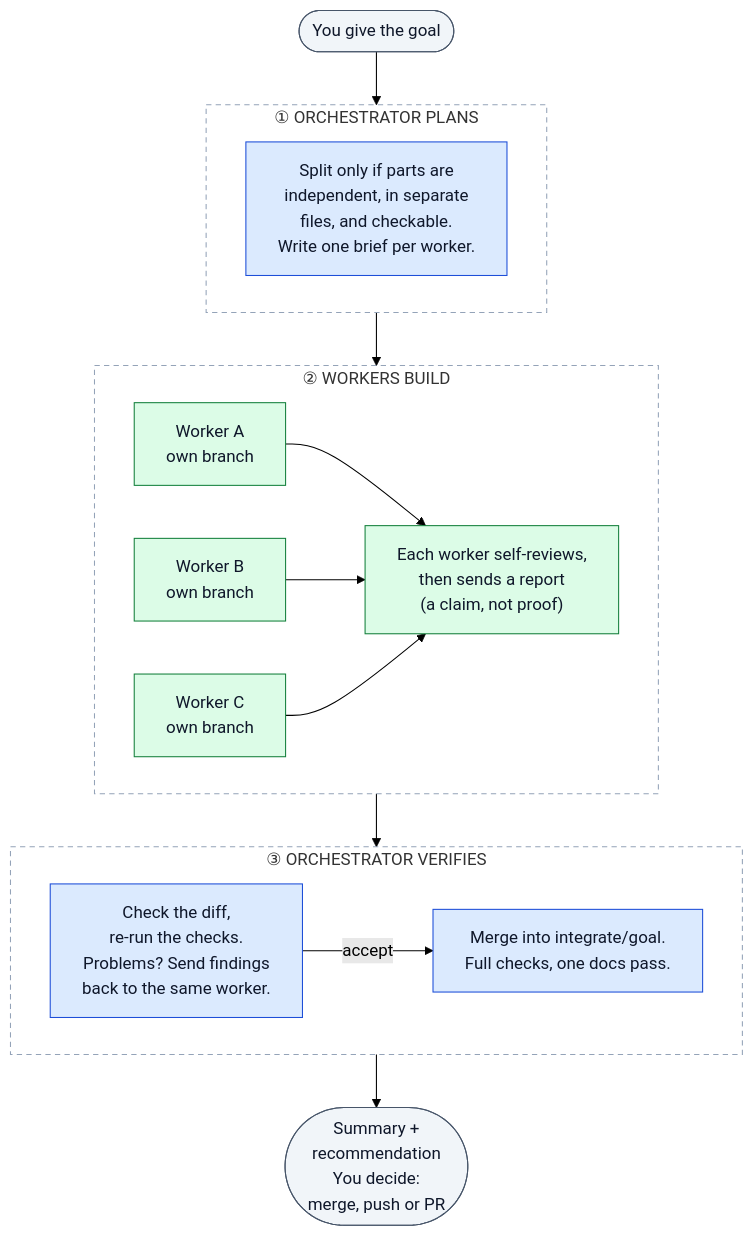
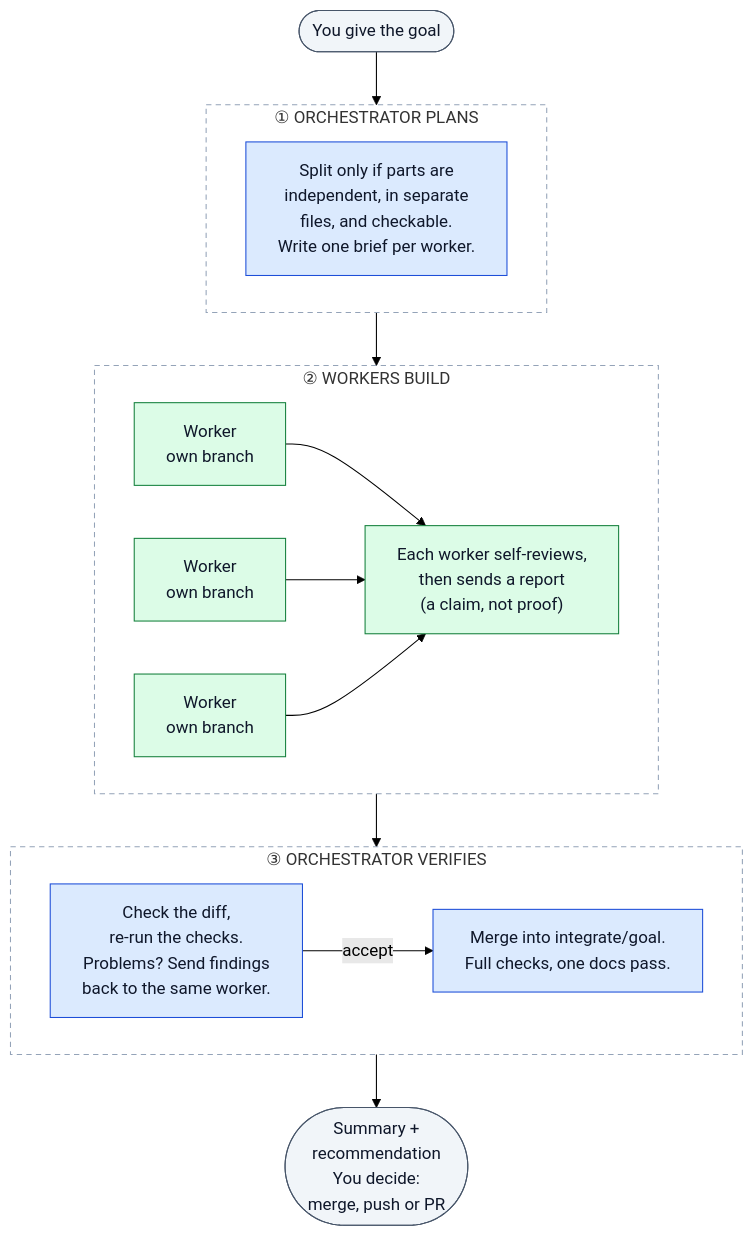
The diagram in README.md (Fedekawa/claude-session-orchestration), drawn with Mermaid (forest theme) before and after one commit.

Commit message:
Fix README diagram wrapping and worker order on GitHub
GitHub's Mermaid build defaults flowchart wrappingWidth to 120px (11.4.0
uses 200), so every box wrapped into a tall, narrow column. Set
wrappingWidth: 260 in the diagram's config header; GitHub only locks
security keys, so this applies there. GitHub's layout also reversed the
worker boxes (C, B, A), so they now share one label and order no longer
matters.

````diff
--- a/README.md
+++ b/README.md
@@ -25,36 +25,41 @@
 ```mermaid
+---
+config:
+  flowchart:
+    wrappingWidth: 260
+---
 flowchart TD
     user(["You give the goal"])
 
     subgraph P1 ["① ORCHESTRATOR PLANS"]
         plan["Split only if parts are<br/>independent, in separate<br/>files, and checkable.<br/>Write one brief per worker."]
     end
 
     subgraph P2 ["② WORKERS BUILD"]
-        wa["Worker A<br/>own branch"]
-        wb["Worker B<br/>own branch"]
-        wc["Worker C<br/>own branch"]
+        wa["Worker<br/>own branch"]
+        wb["Worker<br/>own branch"]
+        wc["Worker<br/>own branch"]
         report["Each worker self-reviews,<br/>then sends a report<br/>(a claim, not proof)"]
         wa & wb & wc --> report
     end
 
     subgraph P3 ["③ ORCHESTRATOR VERIFIES"]
         review["Check the diff,<br/>re-run the checks.<br/>Problems? Send findings<br/>back to the same worker."]
         integrate["Merge into integrate/goal.<br/>Full checks, one docs pass."]
         review -- "accept" --> integrate
     end
 
     done(["Summary +<br/>recommendation<br/>You decide:<br/>merge, push or PR"])
 
     user --> P1 --> P2 --> P3 --> done
 
     classDef you fill:#f1f5f9,stroke:#475569,color:#0f172a
     classDef orch fill:#dbeafe,stroke:#1d4ed8,color:#0f172a
     classDef worker fill:#dcfce7,stroke:#15803d,color:#0f172a
     class user,done you
     class plan,review,integrate orch
     class wa,wb,wc,report worker
     style P1 fill:none,stroke:#94a3b8,stroke-dasharray:5 4
     style P2 fill:none,stroke:#94a3b8,stroke-dasharray:5 4
     style P3 fill:none,stroke:#94a3b8,stroke-dasharray:5 4
 ```
````
